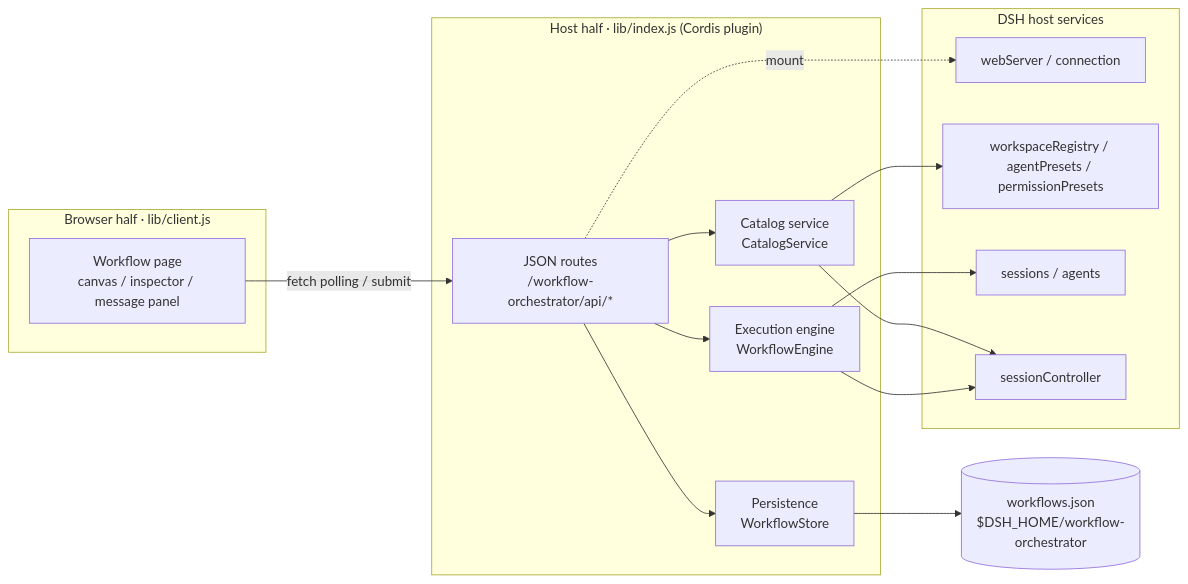
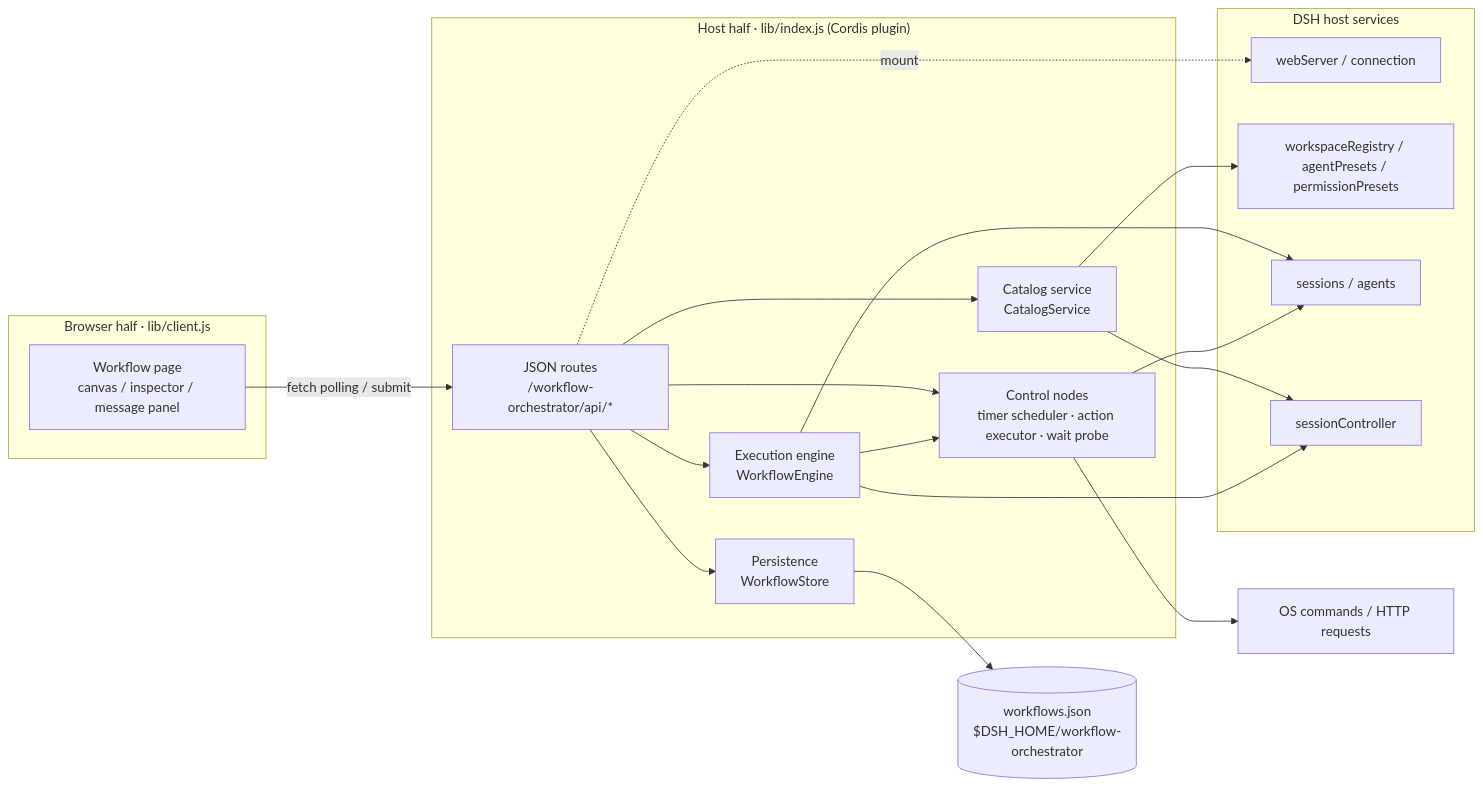
The first of 2 diagrams in README.en.md (czyt1988/dsh-workflow-orchestrator), drawn with Mermaid before and after one commit. The commit also changed other lines of this file and 28 other files, not shown here.

First line of the commit message:
feat(nodes): add timer, action and wait-for-completion nodes

````diff
--- a/README.en.md
+++ b/README.en.md
@@ -83,31 +88,36 @@
 ```mermaid
 flowchart LR
   subgraph Browser["Browser half · lib/client.js"]
     Panel["Workflow page<br/>canvas / inspector / message panel"]
   end
 
   subgraph Host["Host half · lib/index.js (Cordis plugin)"]
     Routes["JSON routes<br/>/workflow-orchestrator/api/*"]
     Engine["Execution engine<br/>WorkflowEngine"]
+    Control["Control nodes<br/>timer scheduler · action executor · wait probe"]
     Store["Persistence<br/>WorkflowStore"]
     Catalogs["Catalog service<br/>CatalogService"]
   end
 
   subgraph DSH["DSH host services"]
     WebServer["webServer / connection"]
     WorkspaceSvc["workspaceRegistry / agentPresets / permissionPresets"]
     Sessions["sessions / agents"]
     SessionController["sessionController"]
   end
 
   Panel -- "fetch polling / submit" --> Routes
   Routes --> Store
   Routes --> Engine
   Routes --> Catalogs
+  Routes --> Control
   Store --> Data[("workflows.json<br/>$DSH_HOME/workflow-orchestrator")]
   Catalogs --> WorkspaceSvc
   Catalogs --> SessionController
   Engine --> SessionController
   Engine --> Sessions
+  Engine --> Control
+  Control --> Sessions
+  Control --> OS["OS commands / HTTP requests"]
   Routes -. "mount" .-> WebServer
 ```
````
